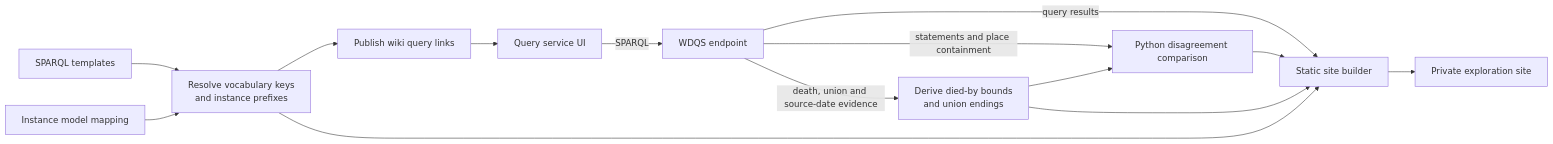
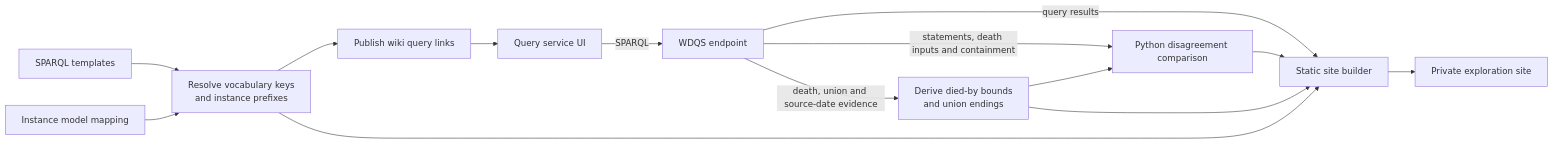
One commit to WillHirsch/yizkr changed diagram 16 of 16 in docs/ARCHITECTURE.md. Above: the diagram before and after it, drawn with Mermaid. The commit also changed other lines of this file and 9 other files, not shown here.

````diff
--- a/docs/ARCHITECTURE.md
+++ b/docs/ARCHITECTURE.md
@@ -372,16 +372,16 @@
 ```mermaid
 flowchart LR
     templates["SPARQL templates"] --> render["Resolve vocabulary keys<br/>and instance prefixes"]
     mapping["Instance model mapping"] --> render
     render --> pages["Publish wiki query links"]
     pages --> ui["Query service UI"]
     ui -->|SPARQL| endpoint["WDQS endpoint"]
     render --> builder["Static site builder"]
     endpoint -->|query results| builder
-    endpoint -->|statements and place containment| compare["Python disagreement comparison"]
+    endpoint -->|statements, death inputs and containment| compare["Python disagreement comparison"]
     endpoint -->|death, union and source-date evidence| bounds["Derive died-by bounds<br/>and union endings"]
     bounds --> compare
     bounds --> builder
     compare --> builder
     builder --> site["Private exploration site"]
 ```
````
